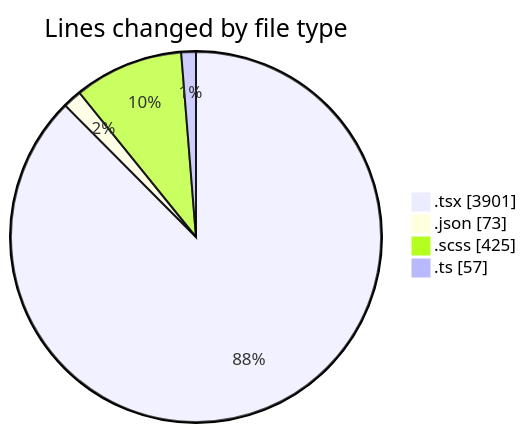
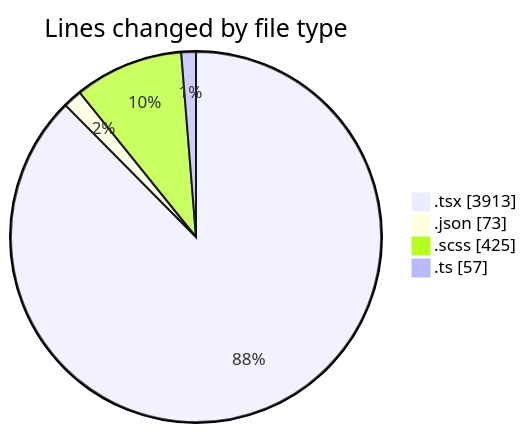
One commit to momahboobian/code-tracking changed the first of 2 diagrams in 2025-10-02/cda/README.md. Above: the diagram before and after it, drawn with Mermaid. The commit also changed other lines of this file and 1 other file, not shown here.

````diff
--- a/2025-10-02/cda/README.md
+++ b/2025-10-02/cda/README.md
@@ -29,8 +29,8 @@
 ```mermaid
 pie showData
 title Lines changed by file type
-".tsx" : 3901
+".tsx" : 3913
 ".json" : 73
 ".scss" : 425
 ".ts" : 57
 ```
````
